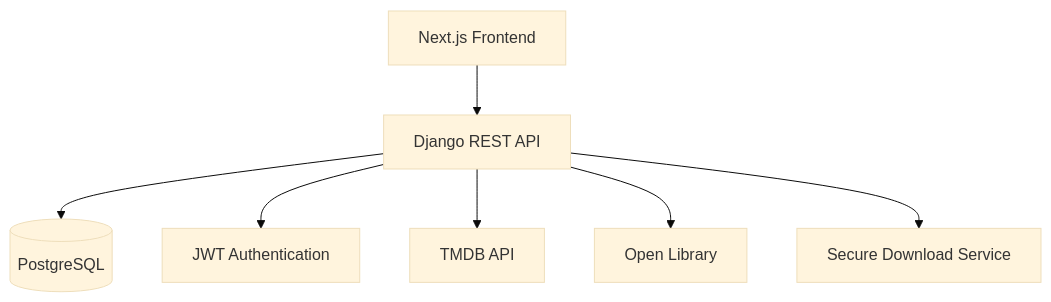
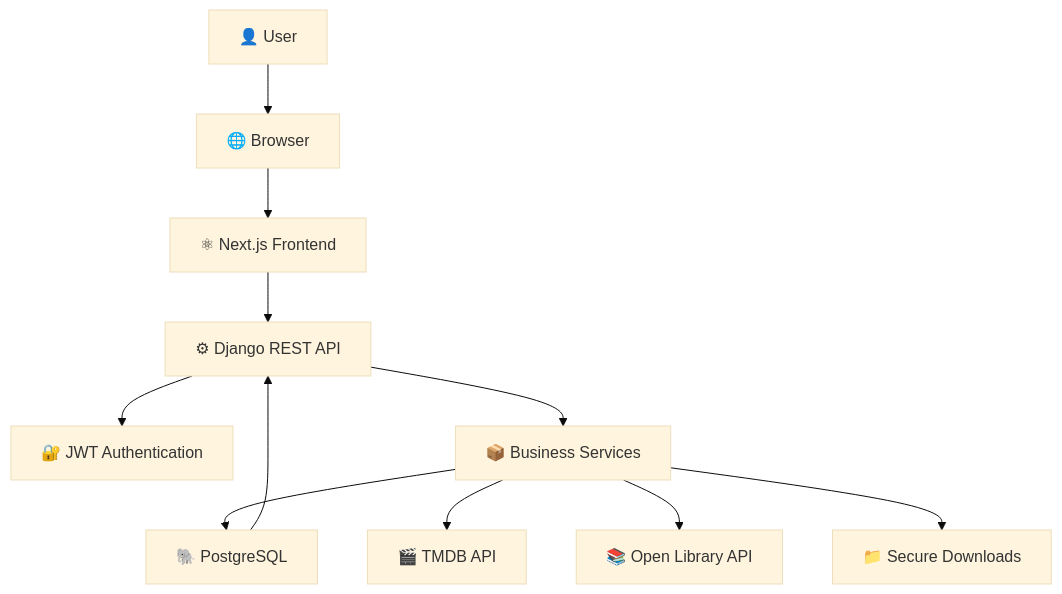
The second of 3 diagrams in README.md (Abhay-SKulkarni123/PolyMath), drawn with Mermaid (base theme) before and after one commit. The commit also changed other lines of this file, not shown here.

````diff
--- a/README.md
+++ b/README.md
@@ -109,16 +319,43 @@
 ```mermaid
-flowchart TD
+flowchart TB
 
-A[Next.js Frontend]
---> B[Django REST API]
+User["👤 User"]
 
-B --> C[(PostgreSQL)]
+Browser["🌐 Browser"]
 
-B --> D[JWT Authentication]
+Frontend["⚛ Next.js Frontend"]
 
-B --> E[TMDB API]
+API["⚙ Django REST API"]
 
-B --> F[Open Library]
+Auth["🔐 JWT Authentication"]
 
-B --> G[Secure Download Service]
+Services["📦 Business Services"]
+
+Database["🐘 PostgreSQL"]
+
+TMDB["🎬 TMDB API"]
+
+Library["📚 Open Library API"]
+
+Storage["📁 Secure Downloads"]
+
+User --> Browser
+
+Browser --> Frontend
+
+Frontend --> API
+
+API --> Auth
+
+API --> Services
+
+Services --> Database
+
+Services --> TMDB
+
+Services --> Library
+
+Services --> Storage
+
+Database --> API
 ```
````
